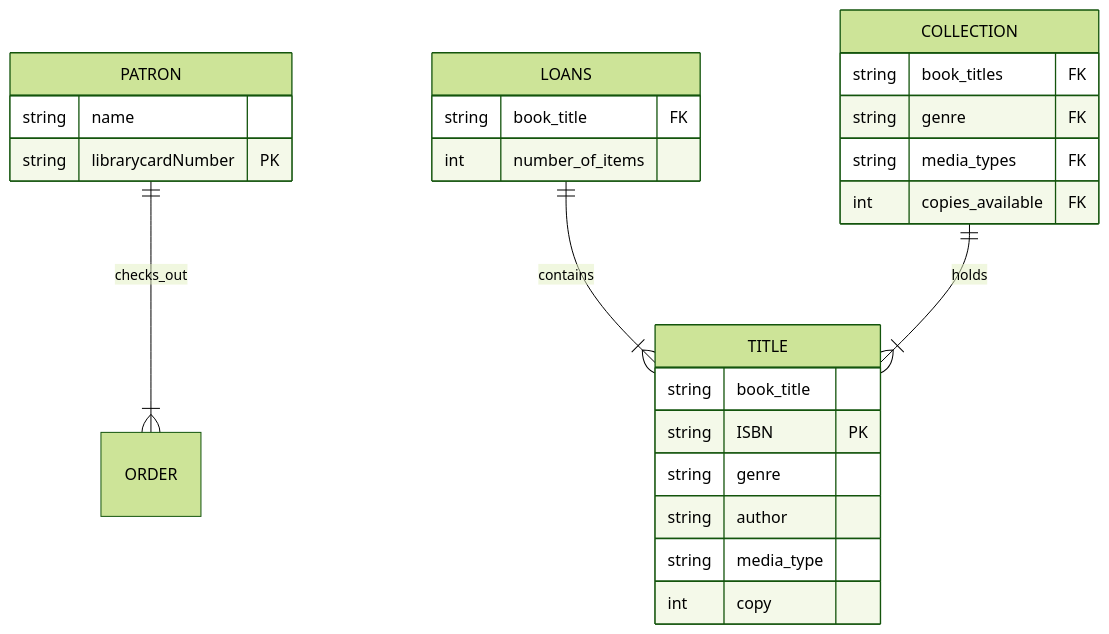
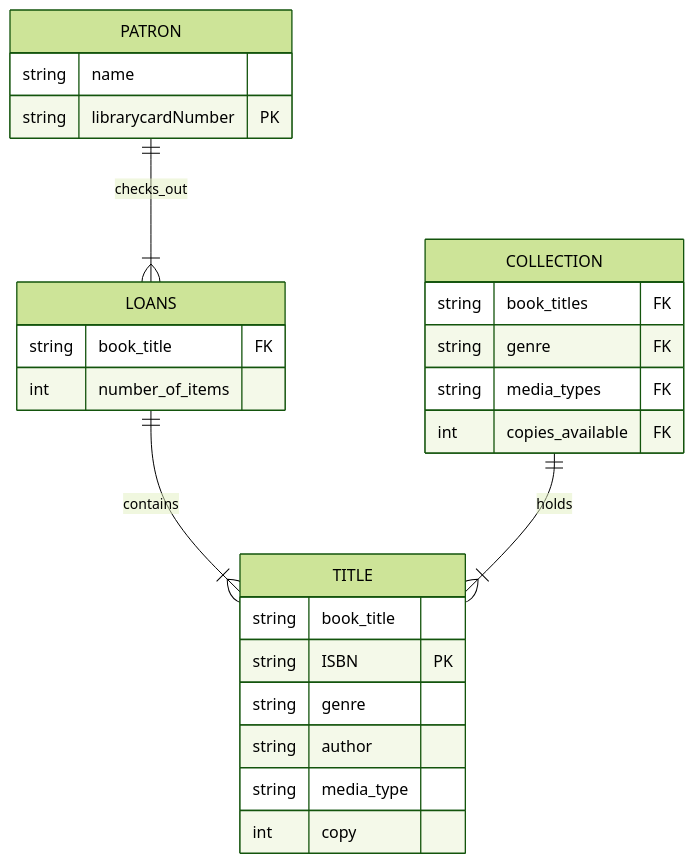
The diagram in Lab 2 (Entity Relationship Diagrams)/ERD.md (mpeters-1/Labs), drawn with Mermaid (forest theme) before and after one commit. The commit also changed 4 other files, not shown here.

````diff
--- a/Lab 2 (Entity Relationship Diagrams)/ERD.md
+++ b/Lab 2 (Entity Relationship Diagrams)/ERD.md
@@ -1,27 +1,27 @@
 ```mermaid
 erDiagram
 TITLE {
     string book_title
     string ISBN PK
     string genre
     string author
     string media_type
     int copy
 }
-PATRON ||--|{ ORDER : checks_out
+PATRON ||--|{ LOANS : checks_out
 PATRON {
     string name
     string librarycardNumber PK
 }
 LOANS ||--|{ TITLE : contains
 LOANS {
     string book_title FK
     int number_of_items}
 COLLECTION ||--|{ TITLE : holds
 COLLECTION {
     string book_titles FK
     string genre FK
     string media_types FK
     int copies_available FK
 }
 ```
````
